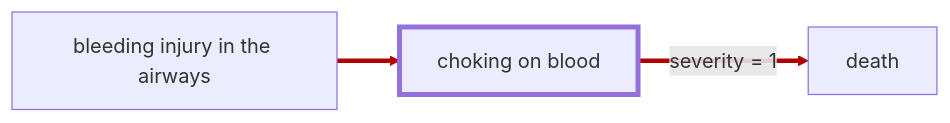
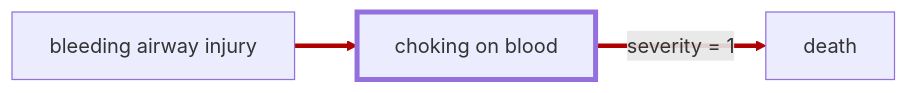
One commit to frederik-hoeft/rimworld-more-injuries changed the first of 2 diagrams in docs/wiki/injuries/choking.md. Above: the diagram before and after it, drawn with Mermaid. The commit also changed 25 other files, not shown here.

````diff
--- a/docs/wiki/injuries/choking.md
+++ b/docs/wiki/injuries/choking.md
@@ -18,13 +14,13 @@
 ```mermaid
 ---
 config:
   flowchart:
     htmlLabels: true
 ---
 flowchart LR
-  bleeding[bleeding injury in the airways] ==> choking_on_blood[choking on blood]
+  bleeding[bleeding airway injury] ==> choking_on_blood[choking on blood]
   choking_on_blood ==> | severity = 1 | death[death]
 
   linkStyle 0,1 stroke: #b10000
   style choking_on_blood stroke-width: 4px
 ```
````
